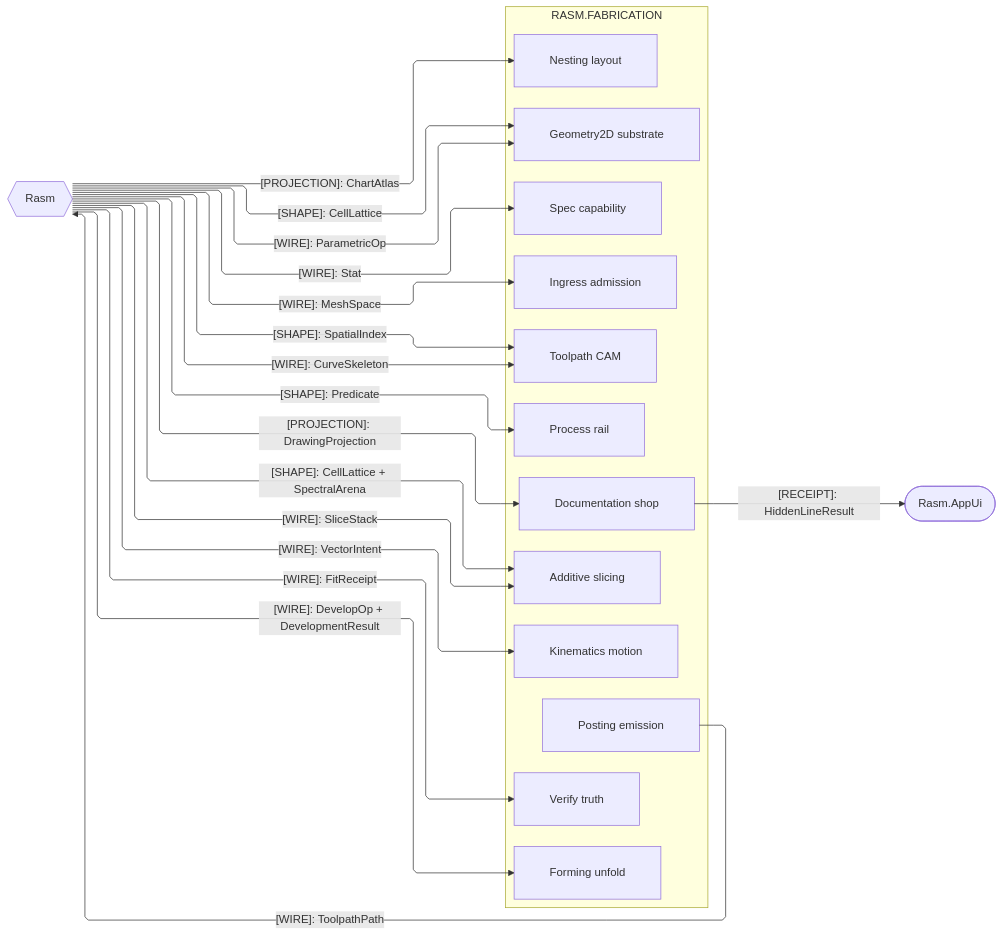
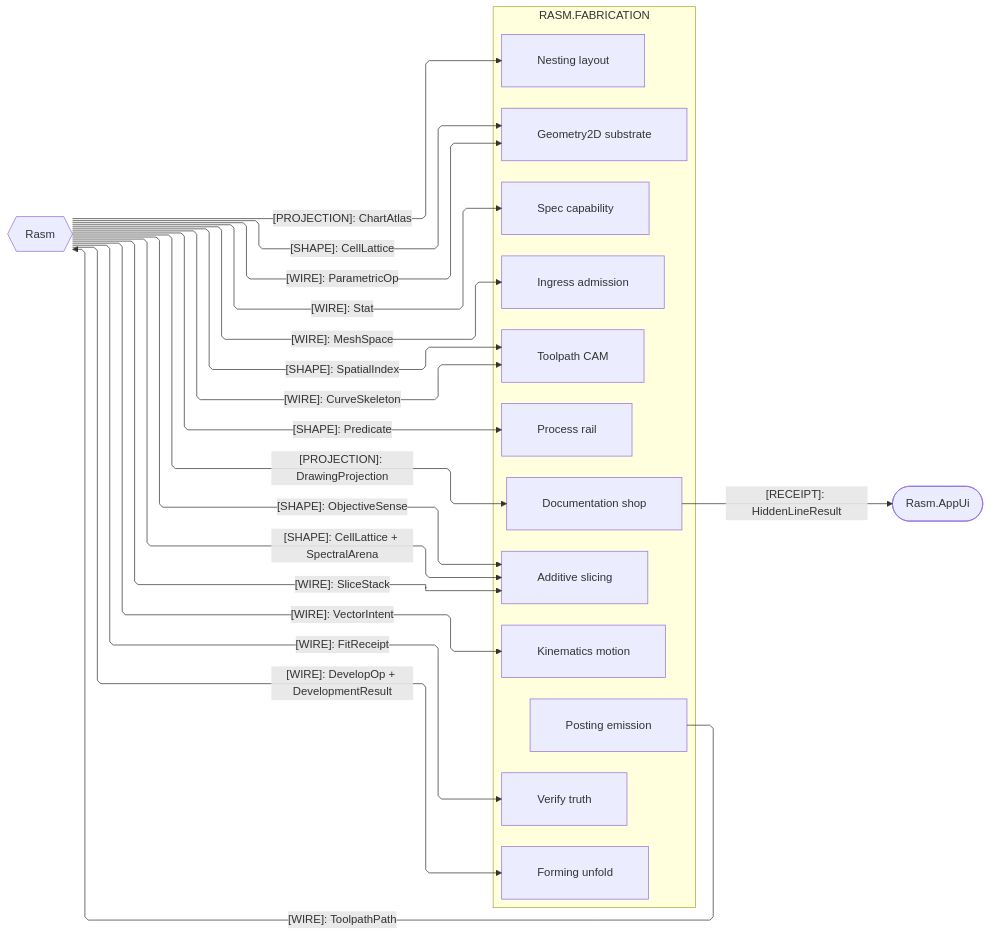
The third of 4 diagrams in libs/csharp/Rasm.Fabrication/ARCHITECTURE.md (bsamiee/Rasm), drawn with Mermaid before and after one commit. The commit also changed other lines of this file and 56 other files, not shown here.

````diff
--- a/libs/csharp/Rasm.Fabrication/ARCHITECTURE.md
+++ b/libs/csharp/Rasm.Fabrication/ARCHITECTURE.md
@@ -228,44 +228,45 @@
 ```mermaid
 ---
 config:
   layout: elk
   flowchart:
     curve: linear
     padding: 25
 ---
 flowchart LR
     accTitle: Fabrication kernel and platform seams
-    accDescr: Which contracts cross between Fabrication, the kernel geometry, and the app-platform UI, one labeled edge per family.
+    accDescr: Which contracts cross between Fabrication, the kernel substrate, and the app-platform UI, one labeled edge per family.
     subgraph fabrication[RASM.FABRICATION]
         Process[Process rail]
         Ingress[Ingress admission]
         Geometry2D[Geometry2D substrate]
         Toolpath[Toolpath CAM]
         Additive[Additive slicing]
         Forming[Forming unfold]
         Kinematics[Kinematics motion]
         Nesting[Nesting layout]
         Spec[Spec capability]
         Verify[Verify truth]
         Documentation[Documentation shop]
         Posting[Posting emission]
     end
     Rasm{{Rasm}}
     AppUi([Rasm.AppUi])
     Rasm e1@-->|"[SHAPE]: Predicate"| Process
     Rasm e2@-->|"[WIRE]: MeshSpace"| Ingress
     Rasm e3@-->|"[WIRE]: ParametricOp"| Geometry2D
     Rasm e4@-->|"[WIRE]: CurveSkeleton"| Toolpath
     Rasm e5@-->|"[WIRE]: SliceStack"| Additive
     Rasm e6@-->|"[WIRE]: DevelopOp + DevelopmentResult"| Forming
     Rasm e7@-->|"[WIRE]: VectorIntent"| Kinematics
     Rasm e8@-->|"[PROJECTION]: ChartAtlas"| Nesting
     Rasm e9@-->|"[WIRE]: Stat"| Spec
     Rasm e10@-->|"[WIRE]: FitReceipt"| Verify
     Rasm e11@-->|"[PROJECTION]: DrawingProjection"| Documentation
     Posting e12@-->|"[WIRE]: ToolpathPath"| Rasm
     Documentation e13@-->|"[RECEIPT]: HiddenLineResult"| AppUi
     Rasm e14@-->|"[SHAPE]: SpatialIndex"| Toolpath
     Rasm e15@-->|"[SHAPE]: CellLattice + SpectralArena"| Additive
     Rasm e16@-->|"[SHAPE]: CellLattice"| Geometry2D
+    Rasm e17@-->|"[SHAPE]: ObjectiveSense"| Additive
 ```
````
